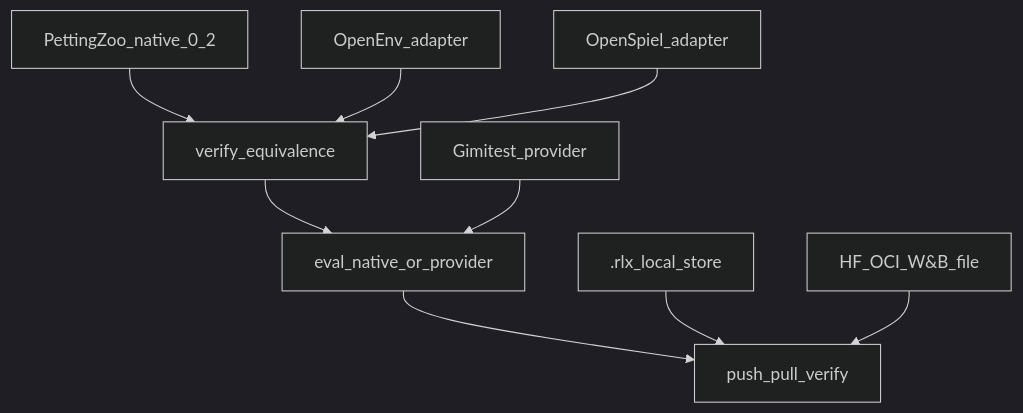
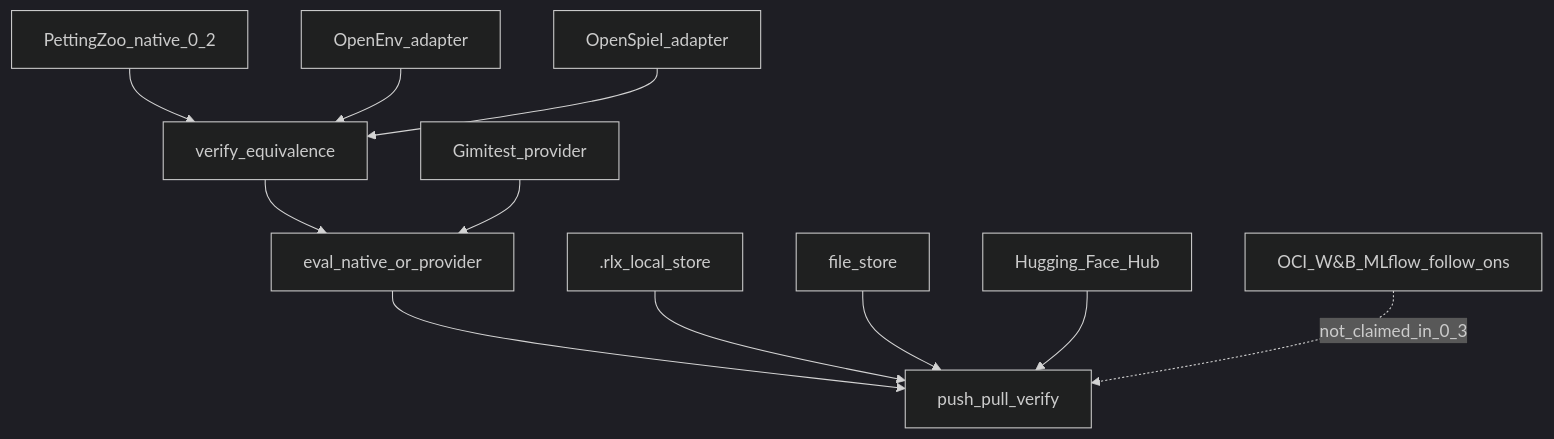
The diagram in docs/0.3-delivery.md (almanzalex/Arena), drawn with Mermaid (dark theme) before and after one commit. The commit also changed other lines of this file and 63 other files, not shown here.

````diff
--- a/docs/0.3-delivery.md
+++ b/docs/0.3-delivery.md
@@ -8,11 +8,13 @@
 ```mermaid
 flowchart TB
   Native[PettingZoo_native_0_2] --> Eq[verify_equivalence]
   OE[OpenEnv_adapter] --> Eq
   OS[OpenSpiel_adapter] --> Eq
   Eq --> Eval[eval_native_or_provider]
   Gim[Gimitest_provider] --> Eval
   Eval --> Store[push_pull_verify]
   Local[.rlx_local_store] --> Store
-  HF[HF_OCI_W&B_file] --> Store
+  File[file_store] --> Store
+  HF[Hugging_Face_Hub] --> Store
+  FollowOn[OCI_W&B_MLflow_follow_ons] -. not_claimed_in_0_3 .-> Store
 ```
````
